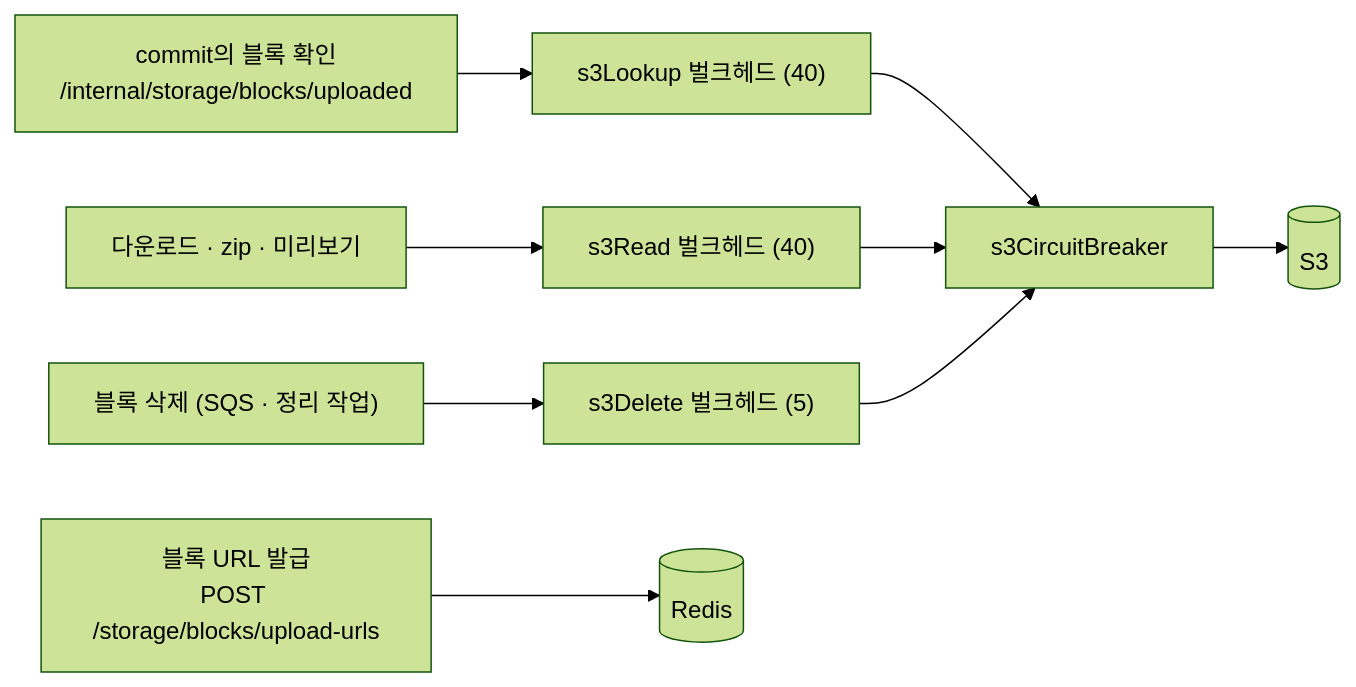
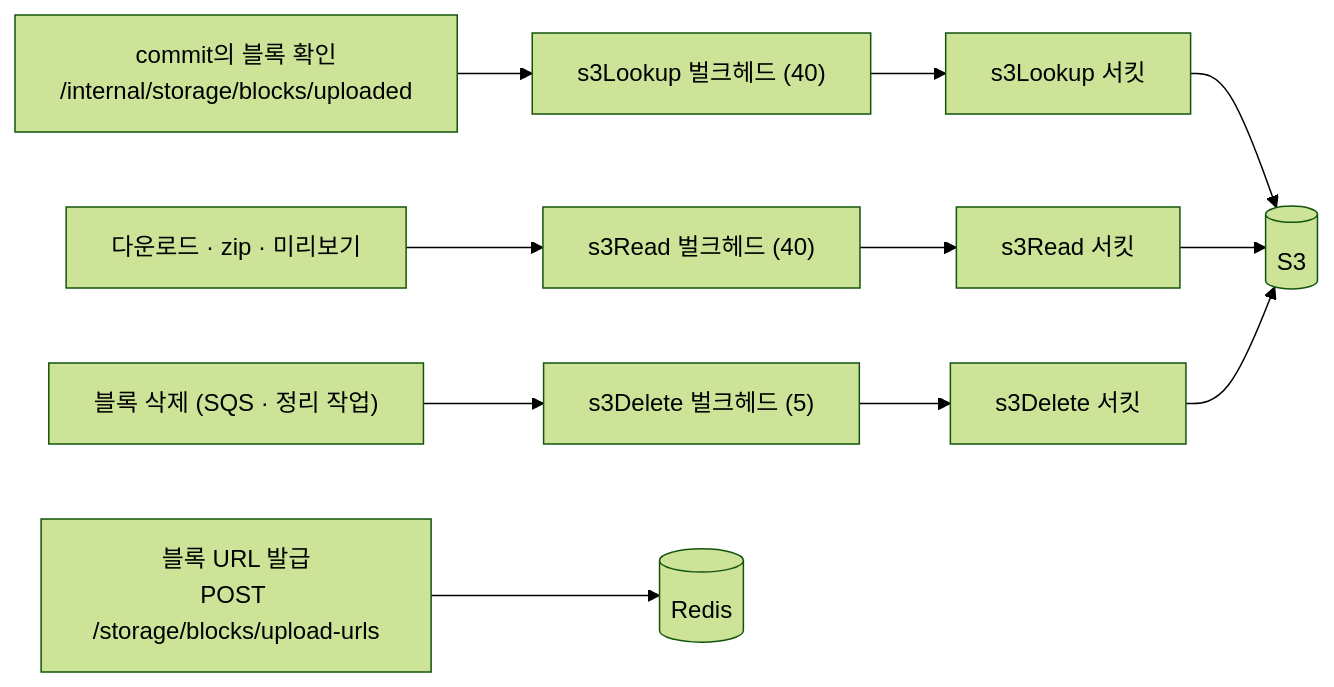
Before and after one commit to rivertw777/ModuDrive-API: the fifth of 5 diagrams in .docs/spec/006-resilience-spec.md, drawn with Mermaid (forest theme). The commit also changed other lines of this file and 1 other file, not shown here.

Commit message:
docs: update specs 002 and 006 for S3 defenses
Refs #873.

````diff
--- a/.docs/spec/006-resilience-spec.md
+++ b/.docs/spec/006-resilience-spec.md
@@ -339,11 +341,13 @@
 ```mermaid
 flowchart LR
     I["commit의 블록 확인<br/>/internal/storage/blocks/uploaded"] --> L["s3Lookup 벌크헤드 (40)"]
     D["다운로드 · zip · 미리보기"] --> R["s3Read 벌크헤드 (40)"]
     P["블록 삭제 (SQS · 정리 작업)"] --> X["s3Delete 벌크헤드 (5)"]
-    L --> C["s3CircuitBreaker"]
-    R --> C
-    X --> C
-    C --> S3[("S3")]
+    L --> CL["s3Lookup 서킷"]
+    R --> CR["s3Read 서킷"]
+    X --> CX["s3Delete 서킷"]
+    CL --> S3[("S3")]
+    CR --> S3
+    CX --> S3
     U["블록 URL 발급<br/>POST /storage/blocks/upload-urls"] --> Redis[("Redis")]
 ```
````
